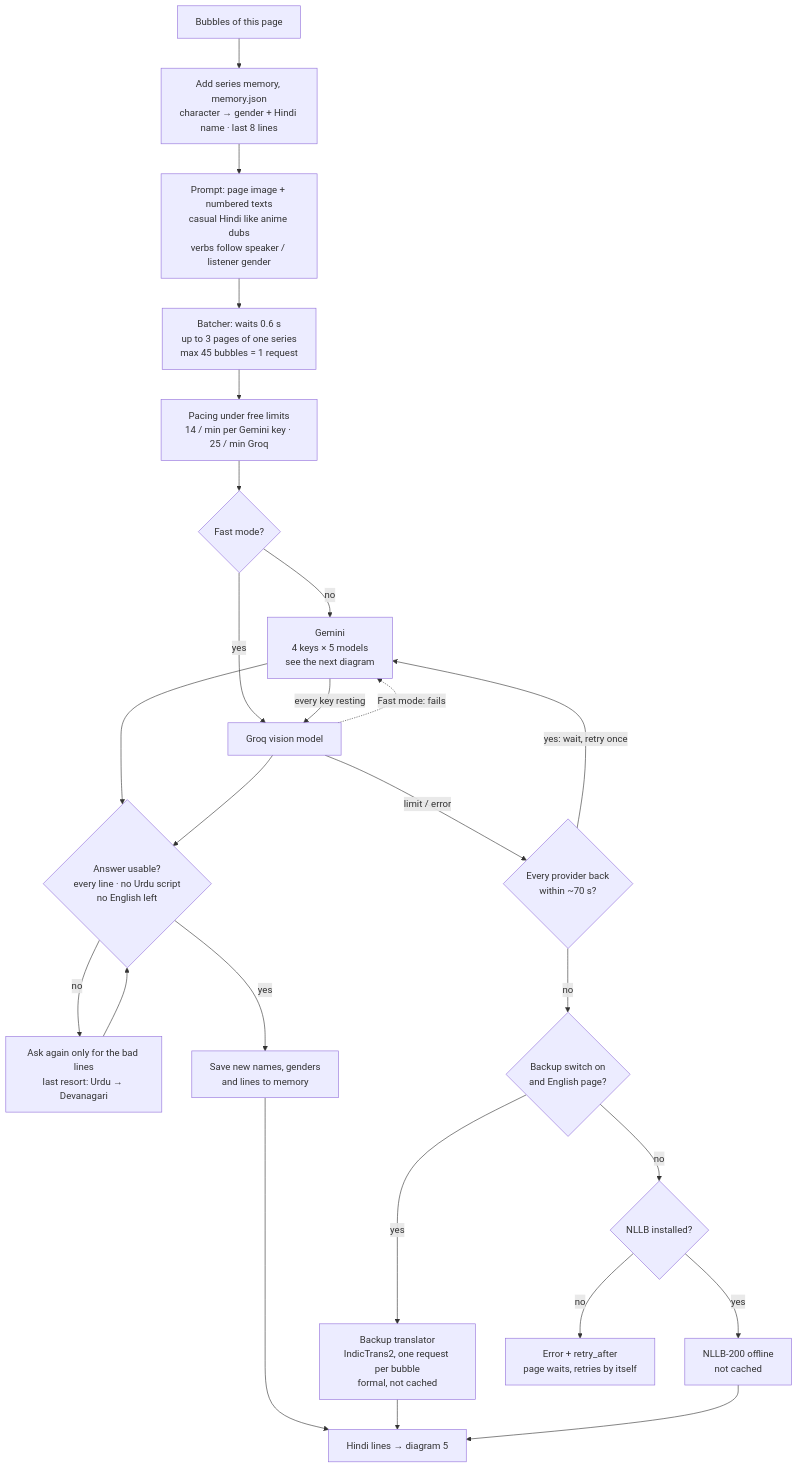
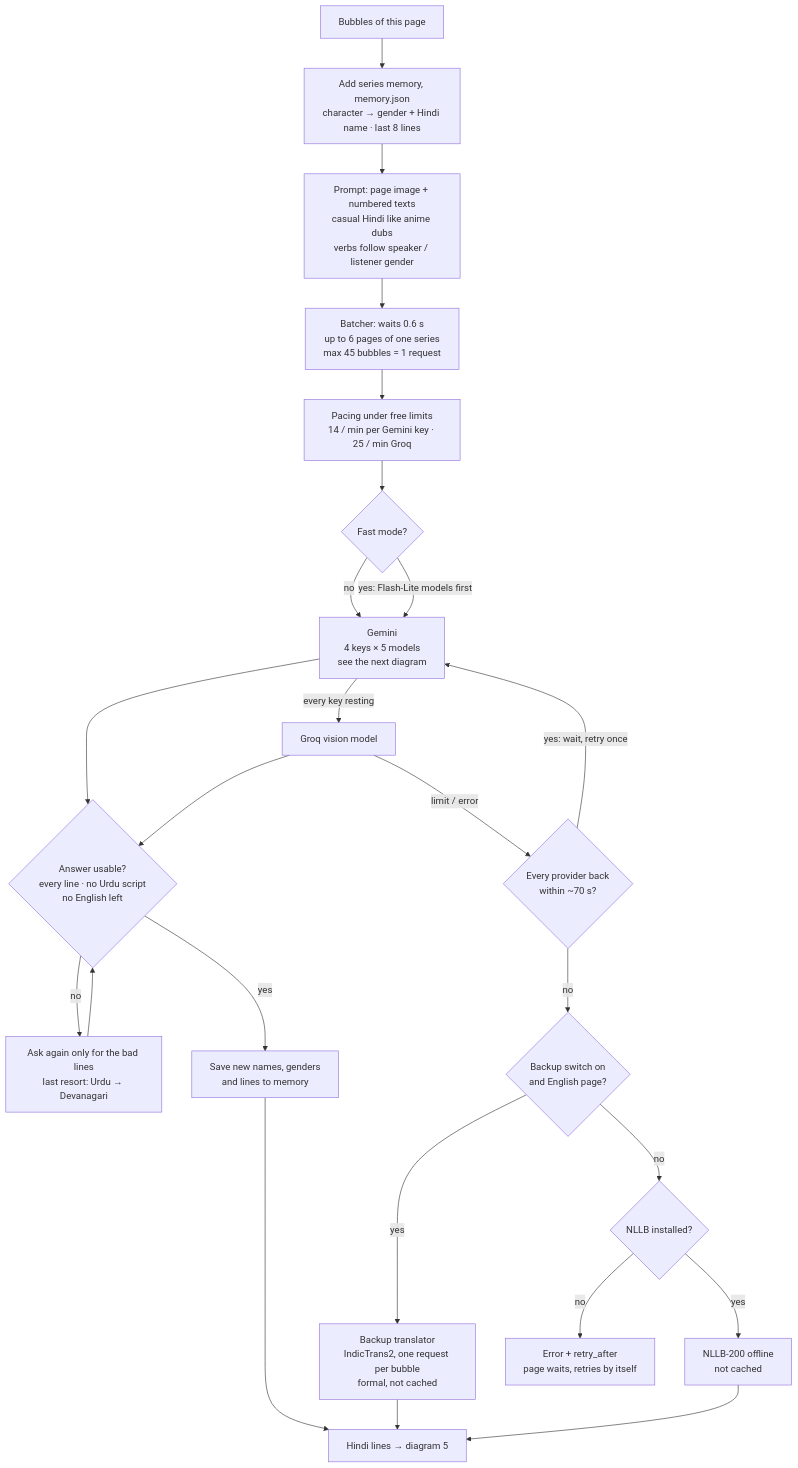
The fourth of 6 diagrams in README.md (jitendra205saini/Manga-Translator), drawn with Mermaid before and after one commit. The commit also changed other lines of this file and 11 other files, not shown here.

Commit message:
v2.9.1: tez webtoon (6 tukde ek request, 8 ek saath, Fast mode = Flash-Lite pehle), GPU crash fix, language sirf bubbles se, atka Gemini model 22s mein chhodo

````diff
--- a/README.md
+++ b/README.md
@@ -190,26 +190,25 @@
 ```mermaid
 flowchart TD
     G["Bubbles of this page"] --> M["Add series memory, memory.json<br/>character → gender + Hindi name · last 8 lines"]
     M --> P["Prompt: page image + numbered texts<br/>casual Hindi like anime dubs<br/>verbs follow speaker / listener gender"]
-    P --> BQ["Batcher: waits 0.6 s<br/>up to 3 pages of one series<br/>max 45 bubbles = 1 request"]
+    P --> BQ["Batcher: waits 0.6 s<br/>up to 6 pages of one series<br/>max 45 bubbles = 1 request"]
     BQ --> PC["Pacing under free limits<br/>14 / min per Gemini key · 25 / min Groq"]
     PC --> FM{"Fast mode?"}
     FM -->|"no"| GM["Gemini<br/>4 keys × 5 models<br/>see the next diagram"]
-    FM -->|"yes"| GQ["Groq vision model"]
-    GM -->|"every key resting"| GQ
-    GQ -.->|"Fast mode: fails"| GM
+    FM -->|"yes: Flash-Lite models first"| GM
+    GM -->|"every key resting"| GQ["Groq vision model"]
     GM --> CK{"Answer usable?<br/>every line · no Urdu script<br/>no English left"}
     GQ --> CK
     CK -->|"no"| RA["Ask again only for the bad lines<br/>last resort: Urdu → Devanagari"]
     RA --> CK
     CK -->|"yes"| MW["Save new names, genders<br/>and lines to memory"]
     MW --> OK["Hindi lines → diagram 5"]
     GQ -->|"limit / error"| WT{"Every provider back<br/>within ~70 s?"}
     WT -->|"yes: wait, retry once"| GM
     WT -->|"no"| BK{"Backup switch on<br/>and English page?"}
     BK -->|"yes"| BT["Backup translator<br/>IndicTrans2, one request per bubble<br/>formal, not cached"]
     BT --> OK
     BK -->|"no"| NL{"NLLB installed?"}
     NL -->|"yes"| NN["NLLB-200 offline<br/>not cached"] --> OK
     NL -->|"no"| RT["Error + retry_after<br/>page waits, retries by itself"]
 ```
````
